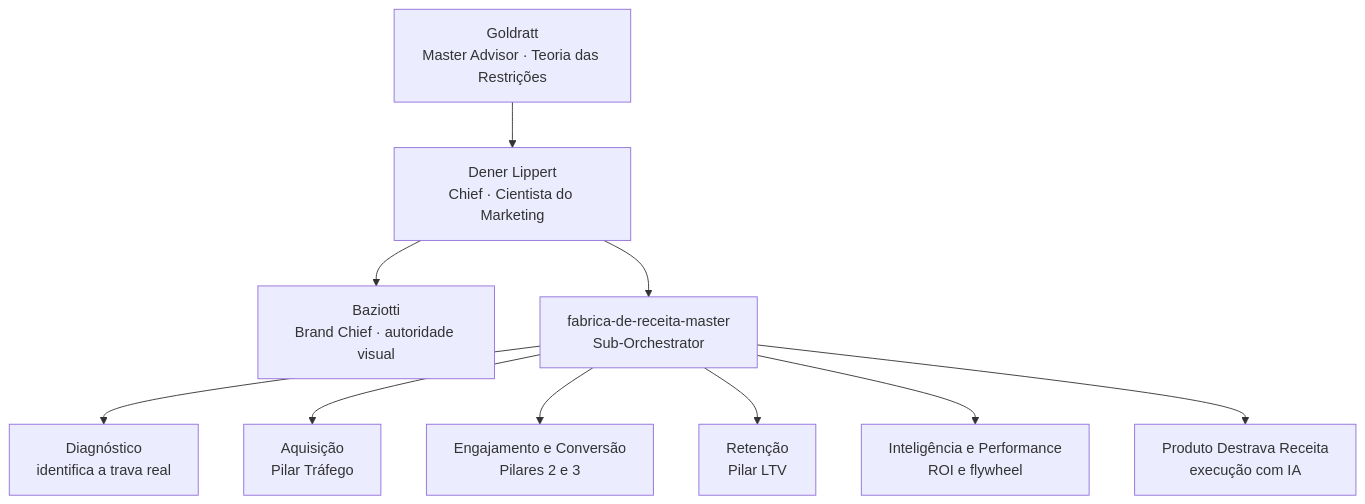
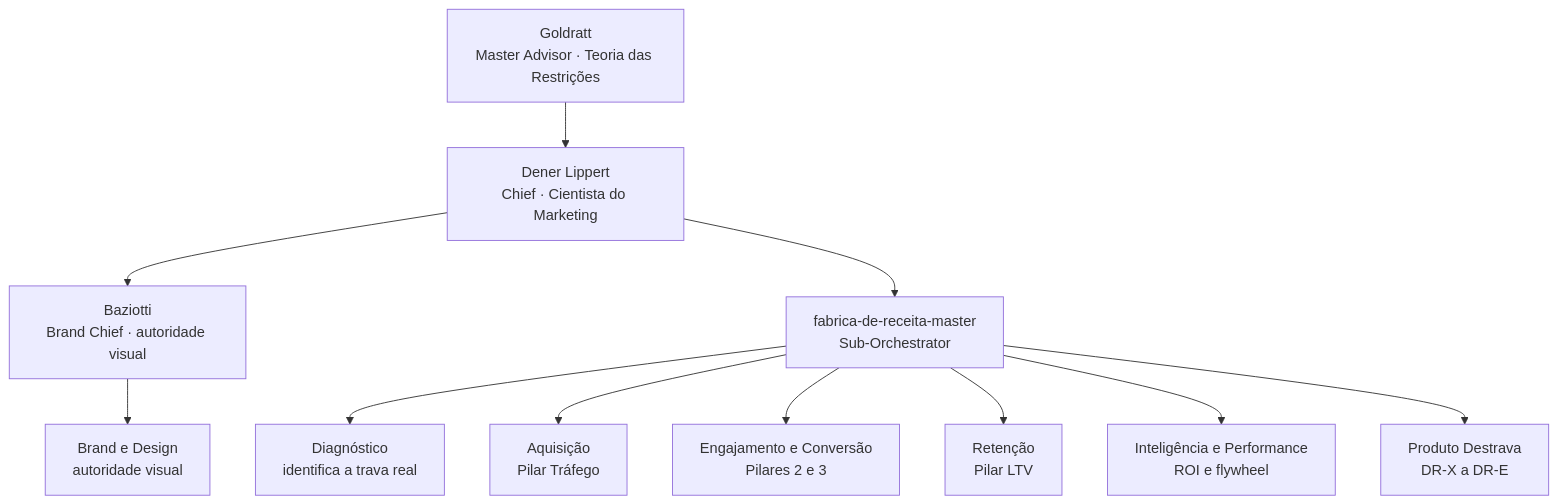
One commit to luizxhgomes/squad-fabrica-de-receita-v4 changed the diagram in README.md. Above: the diagram before and after it, drawn with Mermaid. The commit also changed other lines of this file and 2 other files, not shown here.

Commit message:
docs: diagrama premium da hierarquia de comando (glassmorphism V4), Mermaid como alternativa textual

````diff
--- a/README.md
+++ b/README.md
@@ -86,18 +91,19 @@
 ```mermaid
 graph TD
     G["Goldratt<br/>Master Advisor · Teoria das Restrições"]
     D["Dener Lippert<br/>Chief · Cientista do Marketing"]
     B["Baziotti<br/>Brand Chief · autoridade visual"]
     M["fabrica-de-receita-master<br/>Sub-Orchestrator"]
 
     G --> D
     D --> B
     D --> M
 
     M --> F1["Diagnóstico<br/>identifica a trava real"]
     M --> F2["Aquisição<br/>Pilar Tráfego"]
     M --> F3["Engajamento e Conversão<br/>Pilares 2 e 3"]
     M --> F4["Retenção<br/>Pilar LTV"]
     M --> F5["Inteligência e Performance<br/>ROI e flywheel"]
-    M --> F6["Produto Destrava Receita<br/>execução com IA"]
+    M --> F6["Produto Destrava<br/>DR-X a DR-E"]
+    B --> F7["Brand e Design<br/>autoridade visual"]
 ```
````
